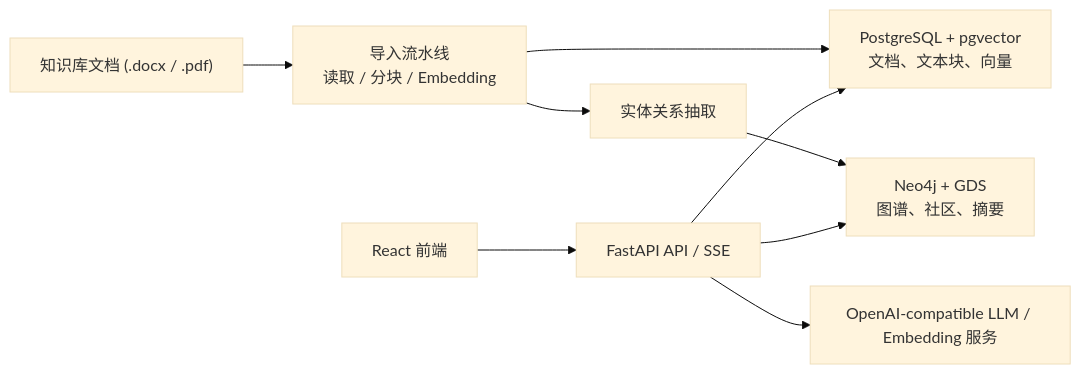
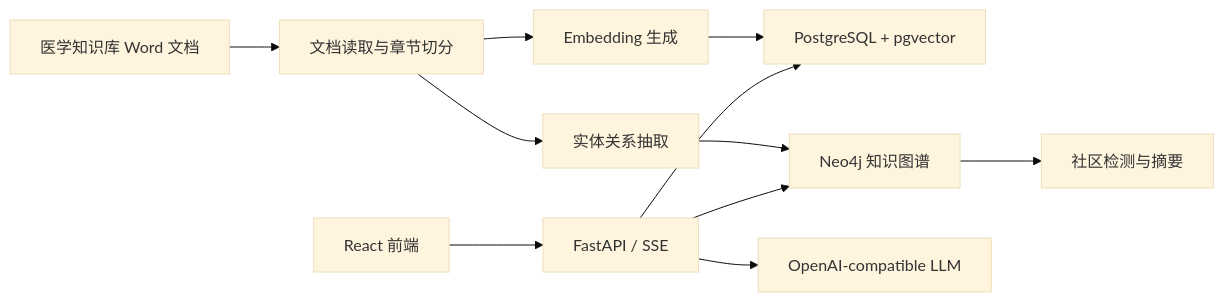
One commit to Dloading666/Clinica-GraphRag-Agent changed the diagram in README.zh-CN.md. Above: the diagram before and after it, drawn with Mermaid (base theme). The commit also changed other lines of this file and 1 other file, not shown here.

````diff
--- a/README.zh-CN.md
+++ b/README.zh-CN.md
@@ -44,11 +40,13 @@
 ```mermaid
 flowchart LR
-    A["知识库文档 (.docx / .pdf)"] --> B["导入流水线<br/>读取 / 分块 / Embedding"]
-    B --> C["PostgreSQL + pgvector<br/>文档、文本块、向量"]
-    B --> D["实体关系抽取"]
-    D --> E["Neo4j + GDS<br/>图谱、社区、摘要"]
-    F["React 前端"] --> G["FastAPI API / SSE"]
-    G --> C
-    G --> E
-    G --> H["OpenAI-compatible LLM / Embedding 服务"]
+    A["医学知识库 Word 文档"] --> B["文档读取与章节切分"]
+    B --> C["Embedding 生成"]
+    C --> D["PostgreSQL + pgvector"]
+    B --> E["实体关系抽取"]
+    E --> F["Neo4j 知识图谱"]
+    F --> G["社区检测与摘要"]
+    H["React 前端"] --> I["FastAPI / SSE"]
+    I --> D
+    I --> F
+    I --> J["OpenAI-compatible LLM"]
 ```
````
